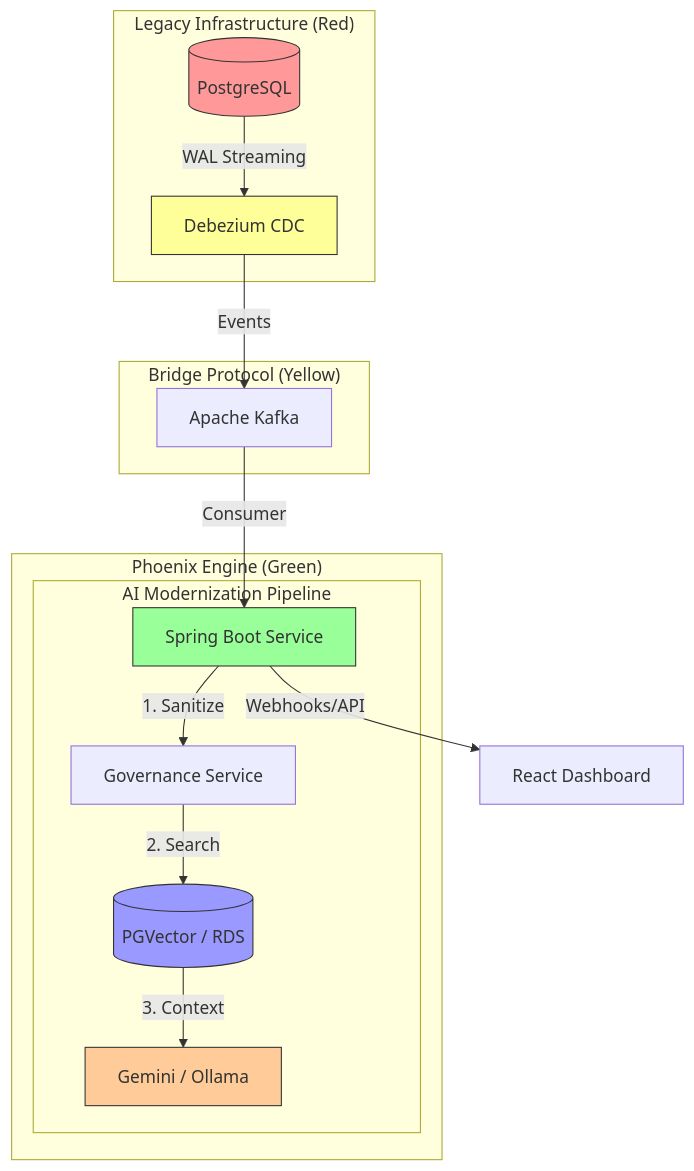
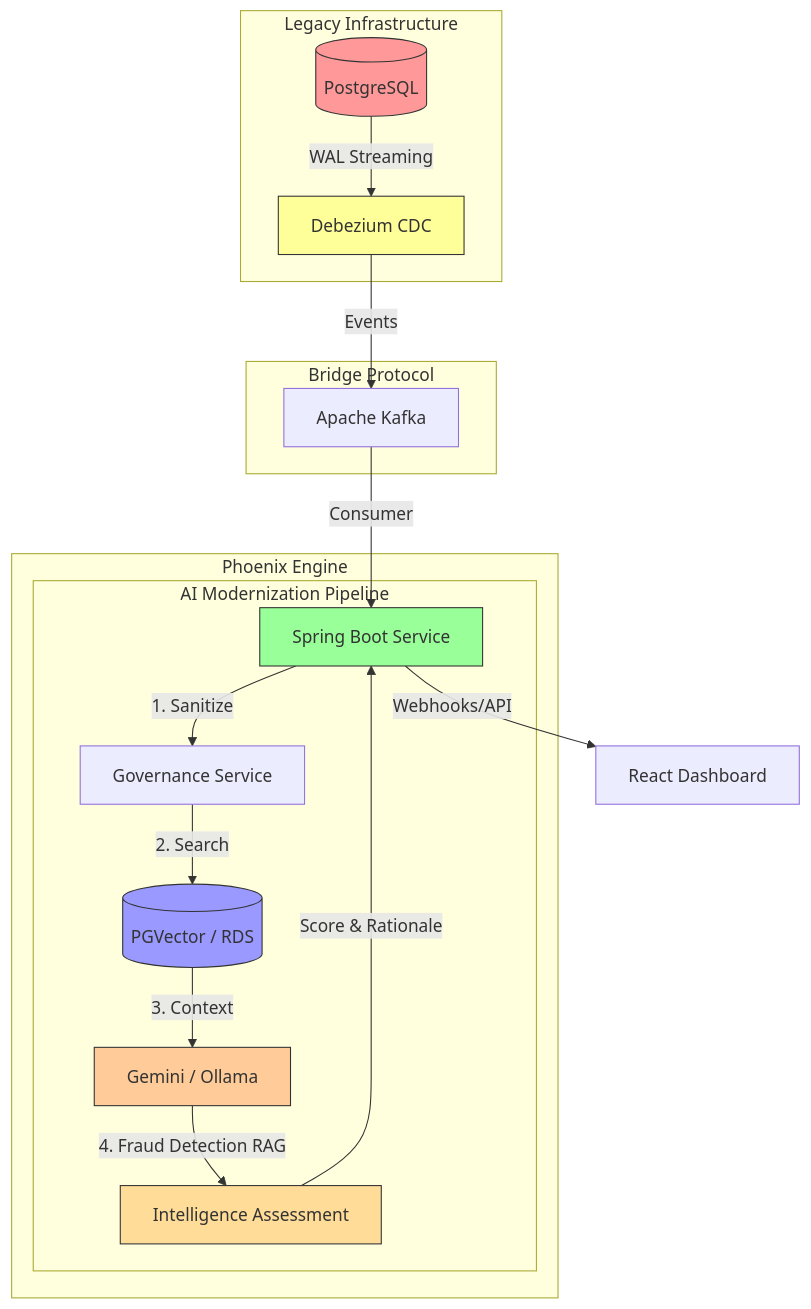
The diagram in README.md (primusa/phoenix), drawn with Mermaid before and after one commit. The commit also changed other lines of this file, not shown here.

````diff
--- a/README.md
+++ b/README.md
@@ -43,28 +43,31 @@
 ```mermaid
 graph TD
-    subgraph "Legacy Infrastructure (Red)"
+    subgraph "Legacy Infrastructure"
         LDB[(PostgreSQL)] -->|WAL Streaming| DBZ[Debezium CDC]
     end
 
-    subgraph "Bridge Protocol (Yellow)"
+    subgraph "Bridge Protocol"
         DBZ -->|Events| K[Apache Kafka]
     end
 
-    subgraph "Phoenix Engine (Green)"
+    subgraph "Phoenix Engine"
         K -->|Consumer| SB[Spring Boot Service]
         
         subgraph "AI Modernization Pipeline"
             SB -->|1. Sanitize| GS[Governance Service]
             GS -->|2. Search| VDB[(PGVector / RDS)]
             VDB -->|3. Context| LLM[Gemini / Ollama]
+            LLM -->|4. Fraud Detection RAG| IA[Intelligence Assessment]
         end
     end
 
+    IA -->|Score & Rationale| SB
     SB -->|Webhooks/API| UI[React Dashboard]
     
     style LDB fill:#ff9999,stroke:#333
     style DBZ fill:#ffff99,stroke:#333
     style SB fill:#99ff99,stroke:#333
     style VDB fill:#9999ff,stroke:#333
     style LLM fill:#ffcc99,stroke:#333
+    style IA fill:#ffdd99,stroke:#333
 ```
````
